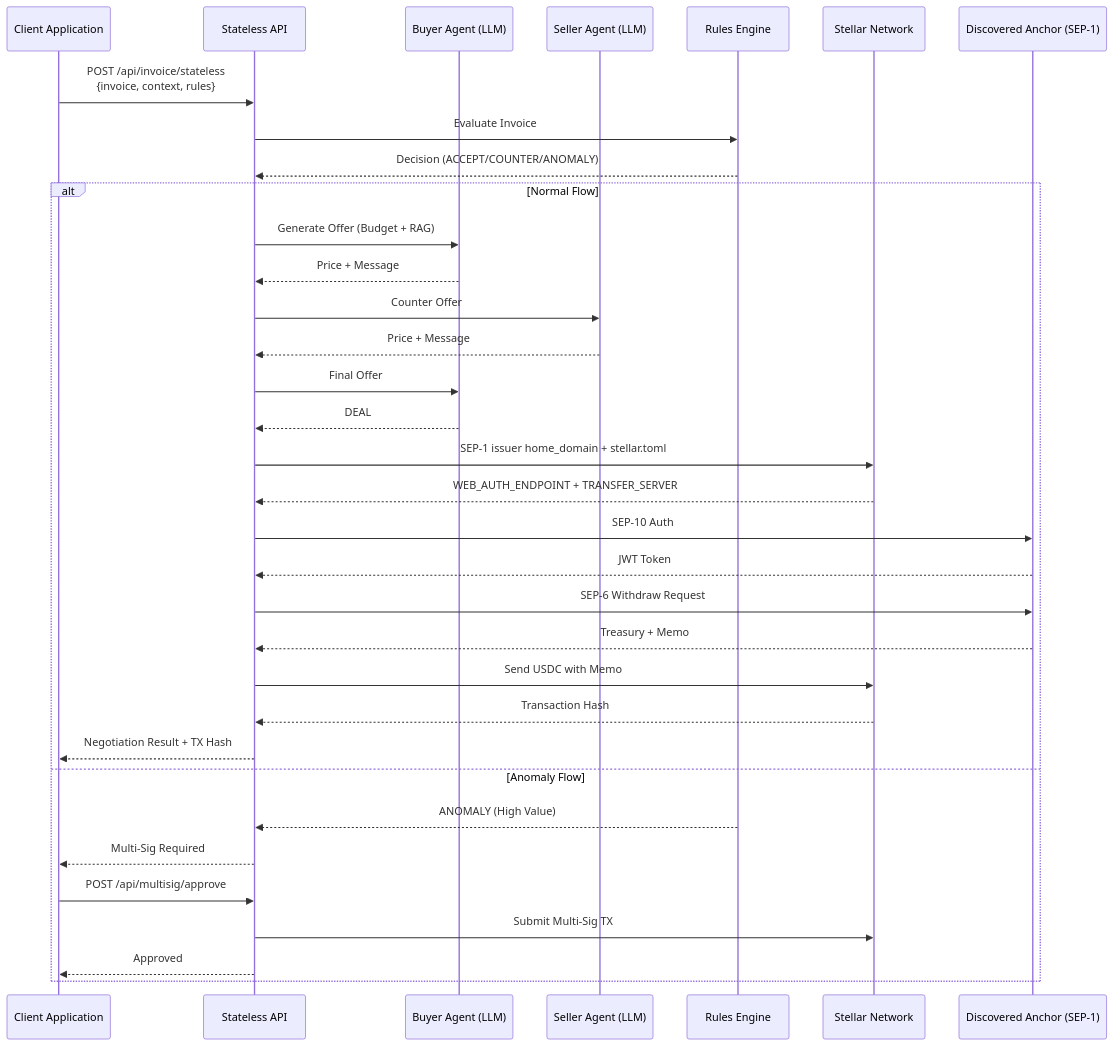
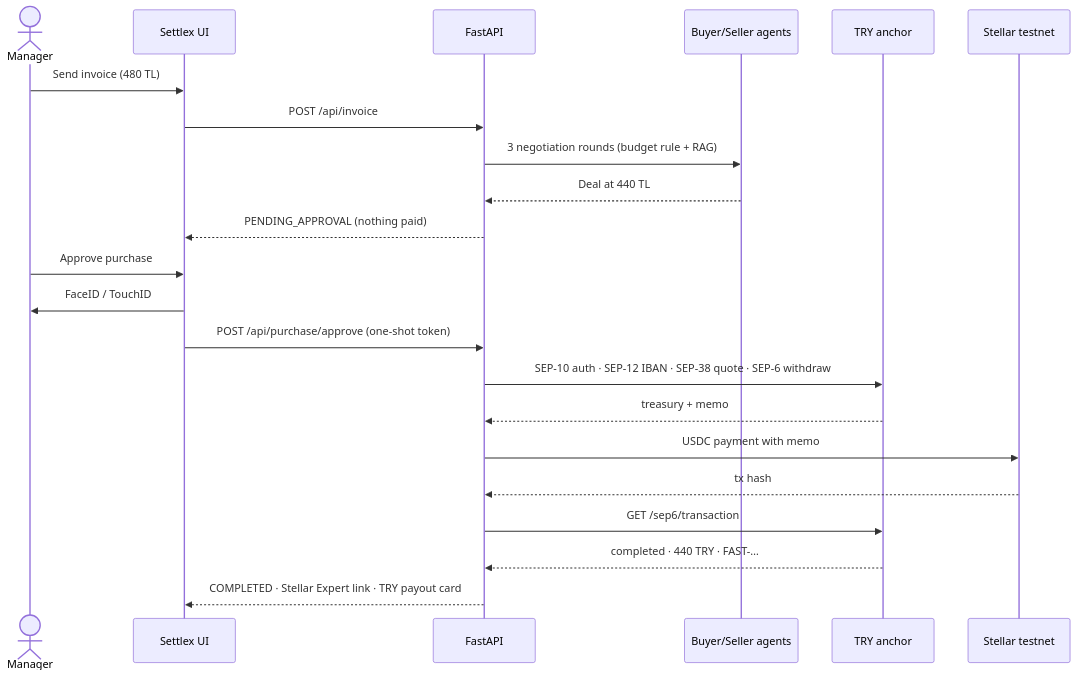
One commit to musa-ok/settlex-stellar-hackathon changed the third of 5 diagrams in README.md. Above: the diagram before and after it, drawn with Mermaid. The commit also changed other lines of this file, not shown here.

````diff
--- a/README.md
+++ b/README.md
@@ -163,38 +237,25 @@
 ```mermaid
 sequenceDiagram
-    participant Client as Client Application
-    participant API as Stateless API
-    participant Buyer as Buyer Agent (LLM)
-    participant Seller as Seller Agent (LLM)
-    participant Rules as Rules Engine
-    participant Stellar as Stellar Network
-    participant Anchor as Discovered Anchor (SEP-1)
-    
-    Client->>API: POST /api/invoice/stateless<br/>{invoice, context, rules}
-    API->>Rules: Evaluate Invoice
-    Rules-->>API: Decision (ACCEPT/COUNTER/ANOMALY)
-    
-    alt Normal Flow
-        API->>Buyer: Generate Offer (Budget + RAG)
-        Buyer-->>API: Price + Message
-        API->>Seller: Counter Offer
-        Seller-->>API: Price + Message
-        API->>Buyer: Final Offer
-        Buyer-->>API: DEAL
-        API->>Stellar: SEP-1 issuer home_domain + stellar.toml
-        Stellar-->>API: WEB_AUTH_ENDPOINT + TRANSFER_SERVER
-        API->>Anchor: SEP-10 Auth
-        Anchor-->>API: JWT Token
-        API->>Anchor: SEP-6 Withdraw Request
-        Anchor-->>API: Treasury + Memo
-        API->>Stellar: Send USDC with Memo
-        Stellar-->>API: Transaction Hash
-        API-->>Client: Negotiation Result + TX Hash
-    else Anomaly Flow
-        Rules-->>API: ANOMALY (High Value)
-        API-->>Client: Multi-Sig Required
-        Client->>API: POST /api/multisig/approve
-        API->>Stellar: Submit Multi-Sig TX
-        API-->>Client: Approved
-    end
+    actor Manager
+    participant UI as Settlex UI
+    participant API as FastAPI
+    participant AI as Buyer/Seller agents
+    participant A as TRY anchor
+    participant S as Stellar testnet
+
+    Manager->>UI: Send invoice (480 TL)
+    UI->>API: POST /api/invoice
+    API->>AI: 3 negotiation rounds (budget rule + RAG)
+    AI-->>API: Deal at 440 TL
+    API-->>UI: PENDING_APPROVAL (nothing paid)
+    Manager->>UI: Approve purchase
+    UI->>Manager: FaceID / TouchID
+    UI->>API: POST /api/purchase/approve (one-shot token)
+    API->>A: SEP-10 auth · SEP-12 IBAN · SEP-38 quote · SEP-6 withdraw
+    A-->>API: treasury + memo
+    API->>S: USDC payment with memo
+    S-->>API: tx hash
+    API->>A: GET /sep6/transaction
+    A-->>API: completed · 440 TRY · FAST-…
+    API-->>UI: COMPLETED · Stellar Expert link · TRY payout card
 ```
````
